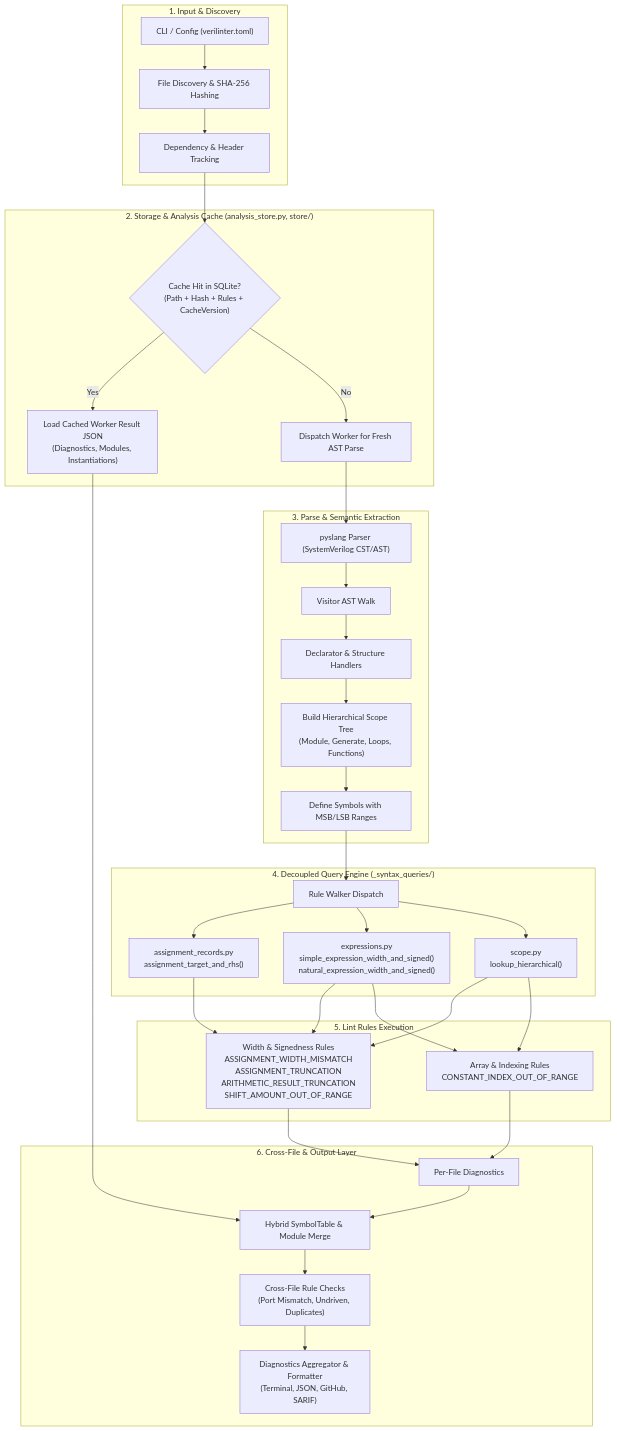
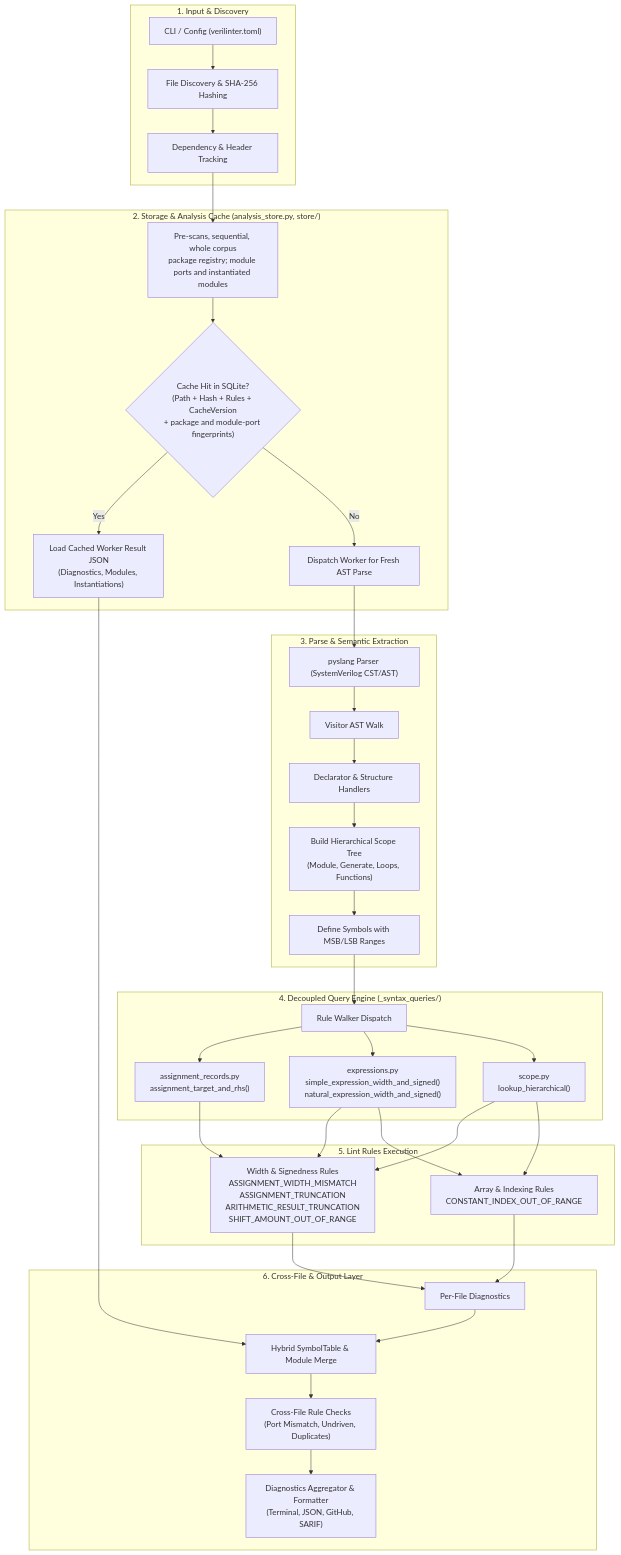
The first of 5 diagrams in docs/ARCHITECTURE.md (svalme/Verilinter), drawn with Mermaid before and after one commit. The commit also changed other lines of this file and 24 other files, not shown here.

````diff
--- a/docs/ARCHITECTURE.md
+++ b/docs/ARCHITECTURE.md
@@ -9,45 +9,46 @@
 ```mermaid
 flowchart TD
     subgraph Input ["1. Input & Discovery"]
         CLI["CLI / Config (verilinter.toml)"] --> Discover["File Discovery & SHA-256 Hashing"]
         Discover --> DepTracker["Dependency & Header Tracking"]
     end
 
     subgraph CacheLayer ["2. Storage & Analysis Cache (analysis_store.py, store/)"]
-        DepTracker --> CacheCheck{"Cache Hit in SQLite?<br/>(Path + Hash + Rules + CacheVersion)"}
+        DepTracker --> PreScans["Pre-scans, sequential, whole corpus<br/>package registry; module ports and instantiated modules"]
+        PreScans --> CacheCheck{"Cache Hit in SQLite?<br/>(Path + Hash + Rules + CacheVersion<br/>+ package and module-port fingerprints)"}
         CacheCheck -- Yes --> LoadCache["Load Cached Worker Result JSON<br/>(Diagnostics, Modules, Instantiations)"]
         CacheCheck -- No --> FreshParse["Dispatch Worker for Fresh AST Parse"]
     end
 
     subgraph ParseWalk ["3. Parse & Semantic Extraction"]
         FreshParse --> PySlang["pyslang Parser (SystemVerilog CST/AST)"]
         PySlang --> ASTWalk["Visitor AST Walk"]
         ASTWalk --> Handlers["Declarator & Structure Handlers"]
         Handlers --> ScopeBuild["Build Hierarchical Scope Tree<br/>(Module, Generate, Loops, Functions)"]
         ScopeBuild --> Symbols["Define Symbols with MSB/LSB Ranges"]
     end
 
     subgraph QueryEngine ["4. Decoupled Query Engine (_syntax_queries/)"]
         Symbols --> RuleDispatch["Rule Walker Dispatch"]
         RuleDispatch --> Shapes["assignment_records.py<br/>assignment_target_and_rhs()"]
         RuleDispatch --> ExprEngine["expressions.py<br/>simple_expression_width_and_signed()<br/>natural_expression_width_and_signed()"]
         RuleDispatch --> ScopeQuery["scope.py<br/>lookup_hierarchical()"]
     end
 
     subgraph RulesEngine ["5. Lint Rules Execution"]
         Shapes --> WidthRules["Width & Signedness Rules<br/>ASSIGNMENT_WIDTH_MISMATCH<br/>ASSIGNMENT_TRUNCATION<br/>ARITHMETIC_RESULT_TRUNCATION<br/>SHIFT_AMOUNT_OUT_OF_RANGE"]
         ExprEngine --> WidthRules
         ScopeQuery --> WidthRules
         ScopeQuery --> IndexRules["Array & Indexing Rules<br/>CONSTANT_INDEX_OUT_OF_RANGE"]
         ExprEngine --> IndexRules
     end
 
     subgraph CrossFile ["6. Cross-File & Output Layer"]
         WidthRules --> PerFileDiags["Per-File Diagnostics"]
         IndexRules --> PerFileDiags
         LoadCache --> HybridMerge["Hybrid SymbolTable & Module Merge"]
         PerFileDiags --> HybridMerge
         HybridMerge --> CrossRules["Cross-File Rule Checks<br/>(Port Mismatch, Undriven, Duplicates)"]
         CrossRules --> Reporter["Diagnostics Aggregator & Formatter<br/>(Terminal, JSON, GitHub, SARIF)"]
     end
 ```
````
